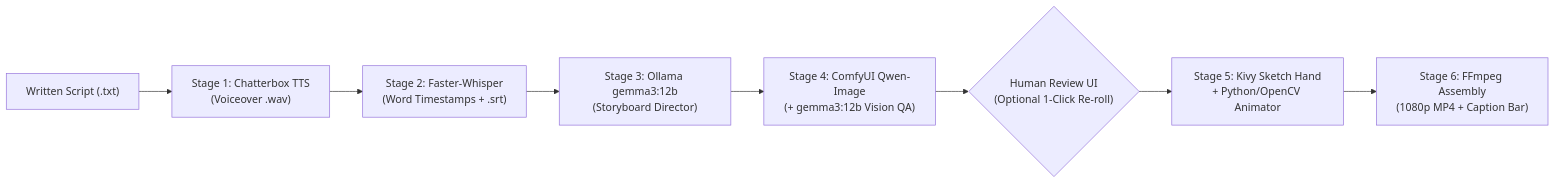
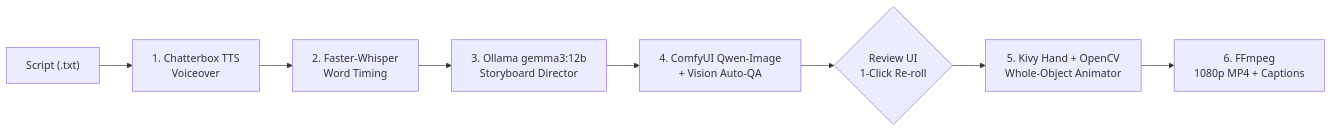
Before and after one commit to ndlovumandla/image-to-animation-offline: the diagram in README.md, drawn with Mermaid. The commit also changed other lines of this file and 2 other files, not shown here.

````diff
--- a/README.md
+++ b/README.md
@@ -31,10 +84,10 @@
 ```mermaid
 flowchart LR
-    S["Written Script (.txt)"] --> S1["Stage 1: Chatterbox TTS<br/>(Voiceover .wav)"]
-    S1 --> S2["Stage 2: Faster-Whisper<br/>(Word Timestamps + .srt)"]
-    S2 --> S3["Stage 3: Ollama gemma3:12b<br/>(Storyboard Director)"]
-    S3 --> S4["Stage 4: ComfyUI Qwen-Image<br/>(+ gemma3:12b Vision QA)"]
-    S4 --> R{"Human Review UI<br/>(Optional 1-Click Re-roll)"}
-    R --> S5["Stage 5: Kivy Sketch Hand<br/>+ Python/OpenCV Animator"]
-    S5 --> S6["Stage 6: FFmpeg Assembly<br/>(1080p MP4 + Caption Bar)"]
+    S["Script (.txt)"] --> S1["1. Chatterbox TTS<br/>Voiceover"]
+    S1 --> S2["2. Faster-Whisper<br/>Word Timing"]
+    S2 --> S3["3. Ollama gemma3:12b<br/>Storyboard Director"]
+    S3 --> S4["4. ComfyUI Qwen-Image<br/>+ Vision Auto-QA"]
+    S4 --> R{"Review UI<br/>1-Click Re-roll"}
+    R --> S5["5. Kivy Hand + OpenCV<br/>Whole-Object Animator"]
+    S5 --> S6["6. FFmpeg<br/>1080p MP4 + Captions"]
 ```
````
